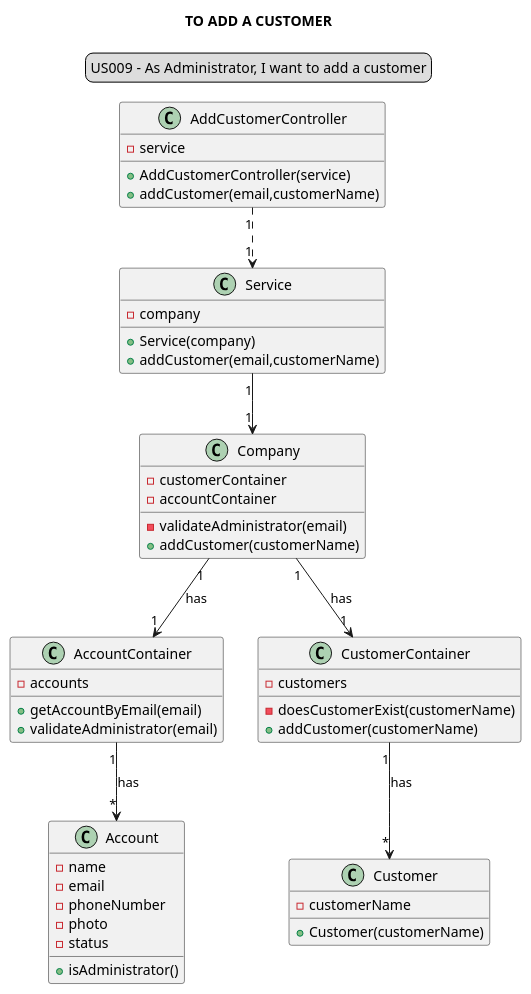
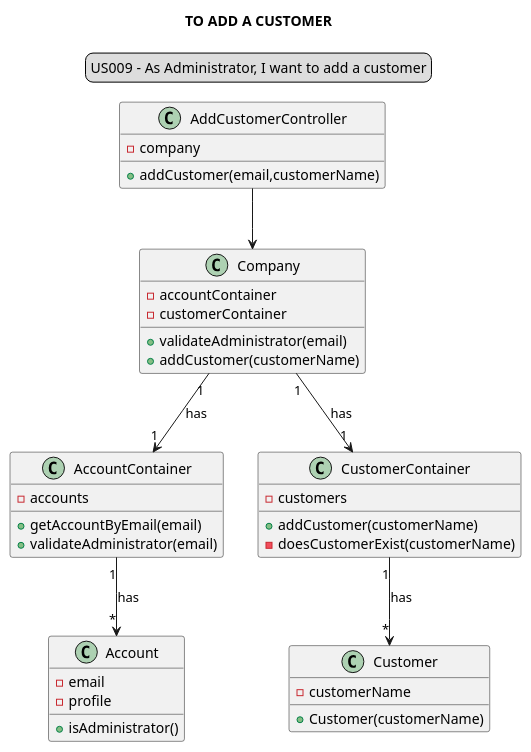
Before and after one commit to Loracline/project_switch_22-23: the diagram in docs/modelling_design/user_stories/us009/US009_classDiagram.puml, drawn with PlantUML. The commit also changed other lines of this file and 1 other file, not shown here.

Commit message:
US009: Design: Refined class and sequence diagrams

```diff
--- a/docs/modelling_design/user_stories/us009/US009_classDiagram.puml
+++ b/docs/modelling_design/user_stories/us009/US009_classDiagram.puml
@@ -1,61 +2,52 @@
 @startuml
 
 skinparam sequenceMessageAlign center
 title TO ADD A CUSTOMER
 legend top
 US009 - As Administrator, I want to add a customer
 end legend
 
 class "AddCustomerController" {
--service
-+AddCustomerController(service)
+-company
 +addCustomer(email,customerName)
-}
 
-class "Service"{
--company
-+Service(company)
-+addCustomer(email,customerName)
+
 }
 
 class "Company"{
+-accountContainer
 -customerContainer
--accountContainer
--validateAdministrator(email)
++validateAdministrator(email)
 +addCustomer(customerName)
 }
 
 class "AccountContainer"{
 -accounts
 +getAccountByEmail(email)
 +validateAdministrator(email)
 }
 
 class "Account"{
--name
 -email
--phoneNumber
--photo
--status
+- profile
 +isAdministrator()
 }
 
 class "CustomerContainer"{
 -customers
++addCustomer(customerName)
 -doesCustomerExist(customerName)
-+addCustomer(customerName)
 }
 
 class "Customer"{
 -customerName
 +Customer(customerName)
 }
 
-"AddCustomerController" "1" ..> "1" "Service"
-"Service" "1" --> "1" "Company"
+"AddCustomerController"  --> "Company"
 "Company" "1"-->"1" "CustomerContainer": has
 "Company" "1"-->"1" "AccountContainer": has
 "CustomerContainer" "1"-->"*" "Customer": has
 "AccountContainer" "1" --> "*" "Account": has
 
 @enduml
```
